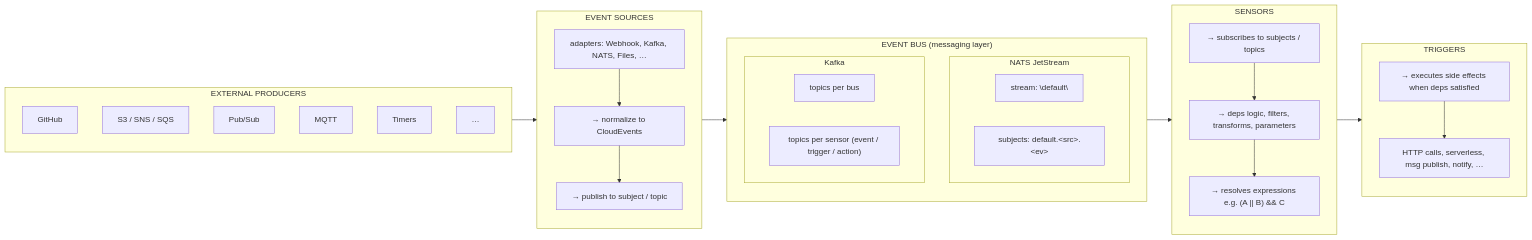
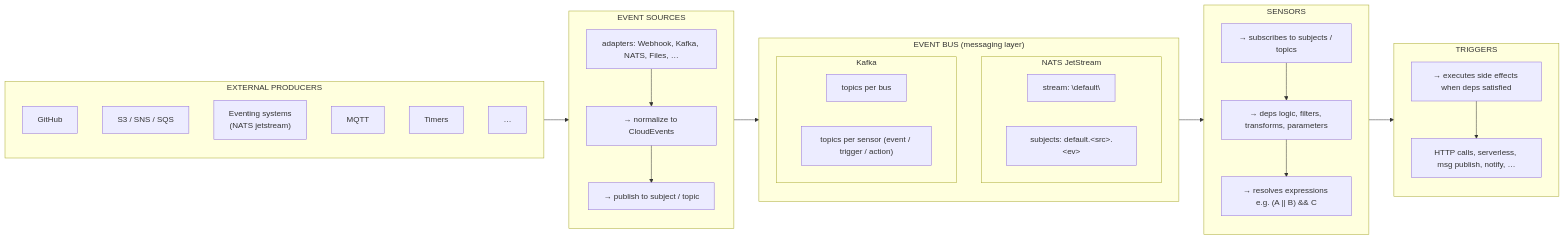
The second of 7 diagrams in blueprint.md (pyvvo/funcd), drawn with Mermaid before and after one commit. The commit also changed other lines of this file, not shown here.

````diff
--- a/blueprint.md
+++ b/blueprint.md
@@ -86,48 +85,48 @@
         ```mermaid
         flowchart LR
             subgraph External["EXTERNAL PRODUCERS"]
                 GitHub
                 S3["S3 / SNS / SQS"]
-                PubSub["Pub/Sub"]
+                Eventing["Eventing systems<br/>(NATS jetstream)"]
                 MQTT
                 Timers
                 Other["…"]
             end
 
             subgraph Sources["EVENT SOURCES"]
                 direction TB
                 Adapters["adapters: Webhook, Kafka, NATS, Files, …"]
                 Normalize["→ normalize to CloudEvents"]
                 Publish["→ publish to subject / topic"]
                 Adapters --> Normalize --> Publish
             end
 
             subgraph Bus["EVENT BUS (messaging layer)"]
                 direction TB
                 subgraph JetStream["NATS JetStream"]
                     Stream["stream: \"default\""]
                     Subjects["subjects: default.&lt;src&gt;.&lt;ev&gt;"]
                 end
                 subgraph Kafka["Kafka"]
                     TopicsBus["topics per bus"]
                     TopicsSensor["topics per sensor (event / trigger / action)"]
                 end
             end
 
             subgraph Sensors["SENSORS"]
                 direction TB
                 Subscribe["→ subscribes to subjects / topics"]
                 Filter["→ deps logic, filters, transforms, parameters"]
                 Resolve["→ resolves expressions e.g. (A || B) && C"]
                 Subscribe --> Filter --> Resolve
             end
 
             subgraph Triggers["TRIGGERS"]
                 direction TB
                 Execute["→ executes side effects when deps satisfied"]
                 Actions["HTTP calls, serverless, msg publish, notify, …"]
                 Execute --> Actions
             end
 
             External --> Sources --> Bus --> Sensors --> Triggers
         ```
````
